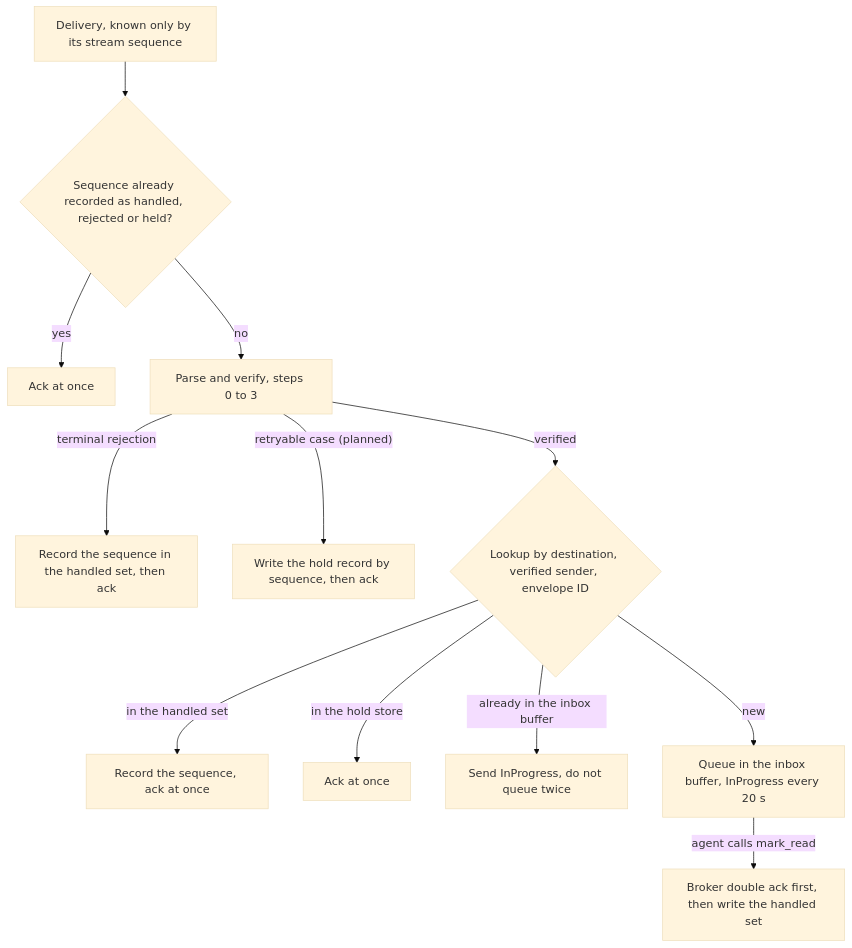
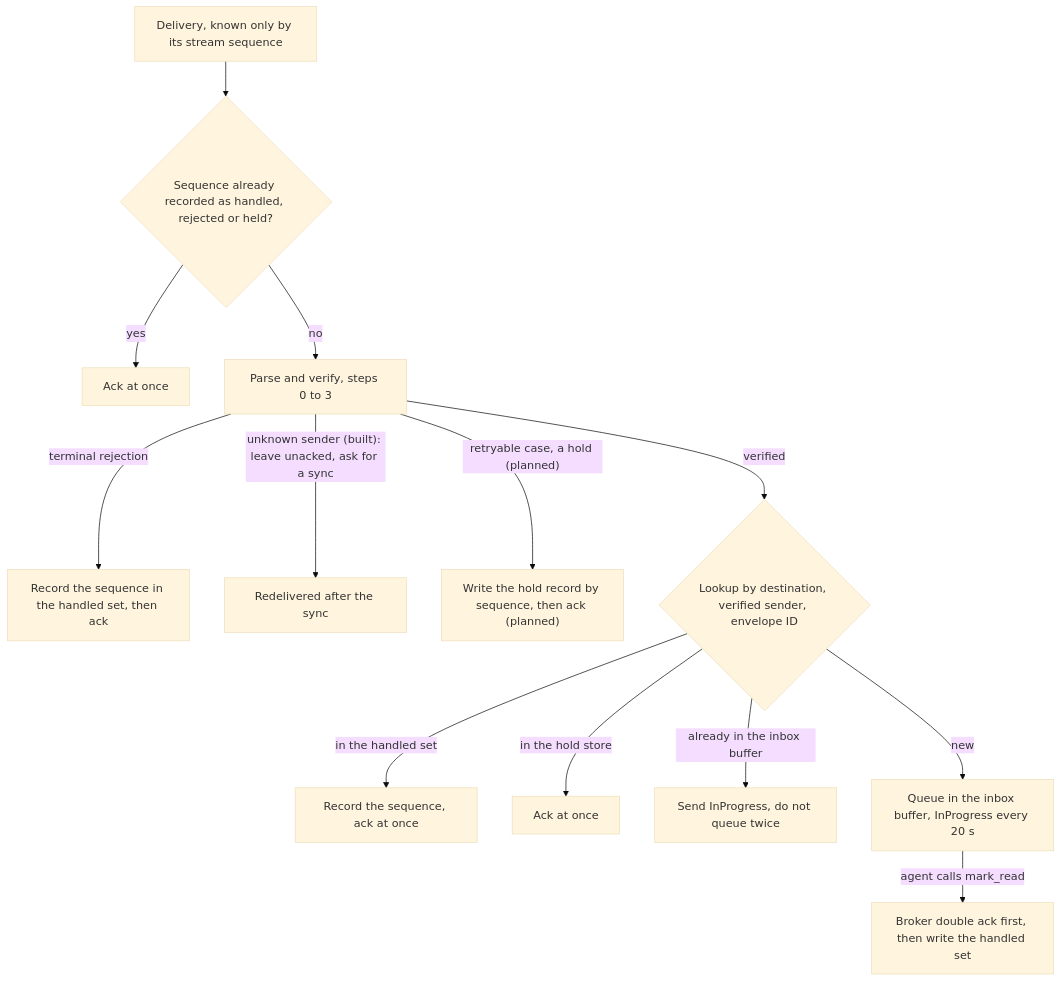
One commit to gentoomaniac/agent-bus changed the second of 3 diagrams in docs/design/delivery.md. Above: the diagram before and after it, drawn with Mermaid (base theme). The commit also changed other lines of this file, not shown here.

First line of the commit message:
docs(design): delivery separates built provisioning and unknown-sender retry from planned holds

````diff
--- a/docs/design/delivery.md
+++ b/docs/design/delivery.md
@@ -51,14 +76,15 @@
 ```mermaid
 flowchart TD
   d["Delivery, known only by its stream sequence"] --> seen{"Sequence already recorded as handled, rejected or held?"}
   seen -->|"yes"| ackNow["Ack at once"]
   seen -->|"no"| verify["Parse and verify, steps 0 to 3"]
   verify -->|"terminal rejection"| rej["Record the sequence in the handled set, then ack"]
-  verify -->|"retryable case (planned)"| hold["Write the hold record by sequence, then ack"]
+  verify -->|"unknown sender (built): leave unacked, ask for a sync"| unack["Redelivered after the sync"]
+  verify -->|"retryable case, a hold (planned)"| hold["Write the hold record by sequence, then ack (planned)"]
   verify -->|"verified"| idx{"Lookup by destination, verified sender, envelope ID"}
   idx -->|"in the handled set"| ackH["Record the sequence, ack at once"]
   idx -->|"in the hold store"| ackHold["Ack at once"]
   idx -->|"already in the inbox buffer"| prog["Send InProgress, do not queue twice"]
   idx -->|"new"| queue["Queue in the inbox buffer, InProgress every 20 s"]
   queue -->|"agent calls mark_read"| mark["Broker double ack first, then write the handled set"]
 ```
````
